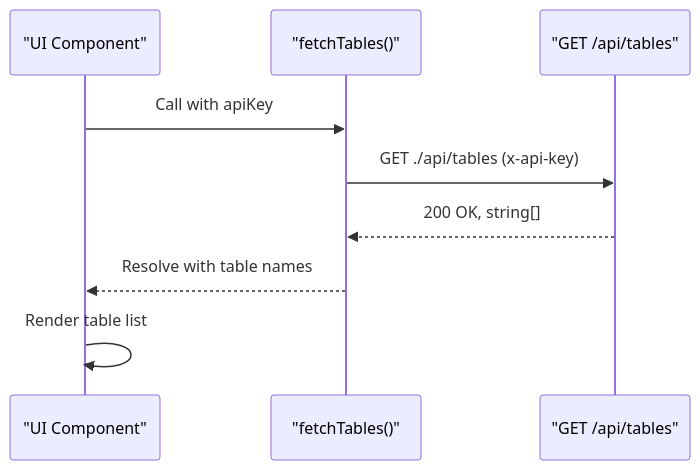
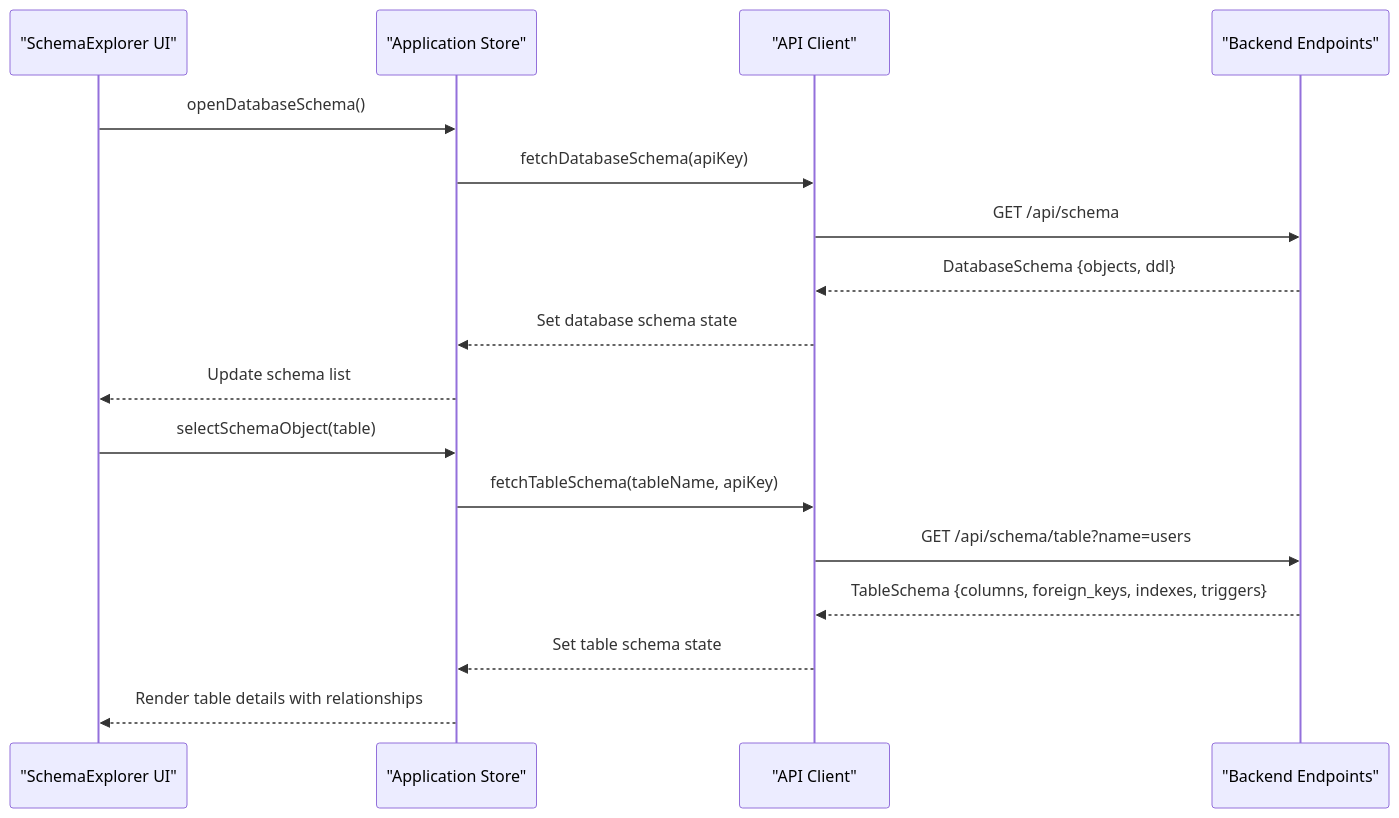
Before and after one commit to sutanto1010/crablite: the fourth of 5 diagrams in .qoder/repowiki/en/content/API Reference/Database Metadata.md, drawn with Mermaid. The commit also changed other lines of this file and 25 other files, not shown here.

First line of the commit message:
feat(metadata): add comprehensive database schema and internals API endpoints

````diff
--- a/.qoder/repowiki/en/content/API Reference/Database Metadata.md
+++ b/.qoder/repowiki/en/content/API Reference/Database Metadata.md
@@ -174,11 +339,19 @@
 ```mermaid
 sequenceDiagram
-participant UI as "UI Component"
-participant API as "fetchTables()"
-participant BE as "GET /api/tables"
-UI->>API : Call with apiKey
-API->>BE : GET ./api/tables (x-api-key)
-BE-->>API : 200 OK, string[]
-API-->>UI : Resolve with table names
-UI->>UI : Render table list
+participant UI as "SchemaExplorer UI"
+participant STORE as "Application Store"
+participant API as "API Client"
+participant BE as "Backend Endpoints"
+UI->>STORE : openDatabaseSchema()
+STORE->>API : fetchDatabaseSchema(apiKey)
+API->>BE : GET /api/schema
+BE-->>API : DatabaseSchema {objects, ddl}
+API-->>STORE : Set database schema state
+STORE-->>UI : Update schema list
+UI->>STORE : selectSchemaObject(table)
+STORE->>API : fetchTableSchema(tableName, apiKey)
+API->>BE : GET /api/schema/table?name=users
+BE-->>API : TableSchema {columns, foreign_keys, indexes, triggers}
+API-->>STORE : Set table schema state
+STORE-->>UI : Render table details with relationships
 ```
````
